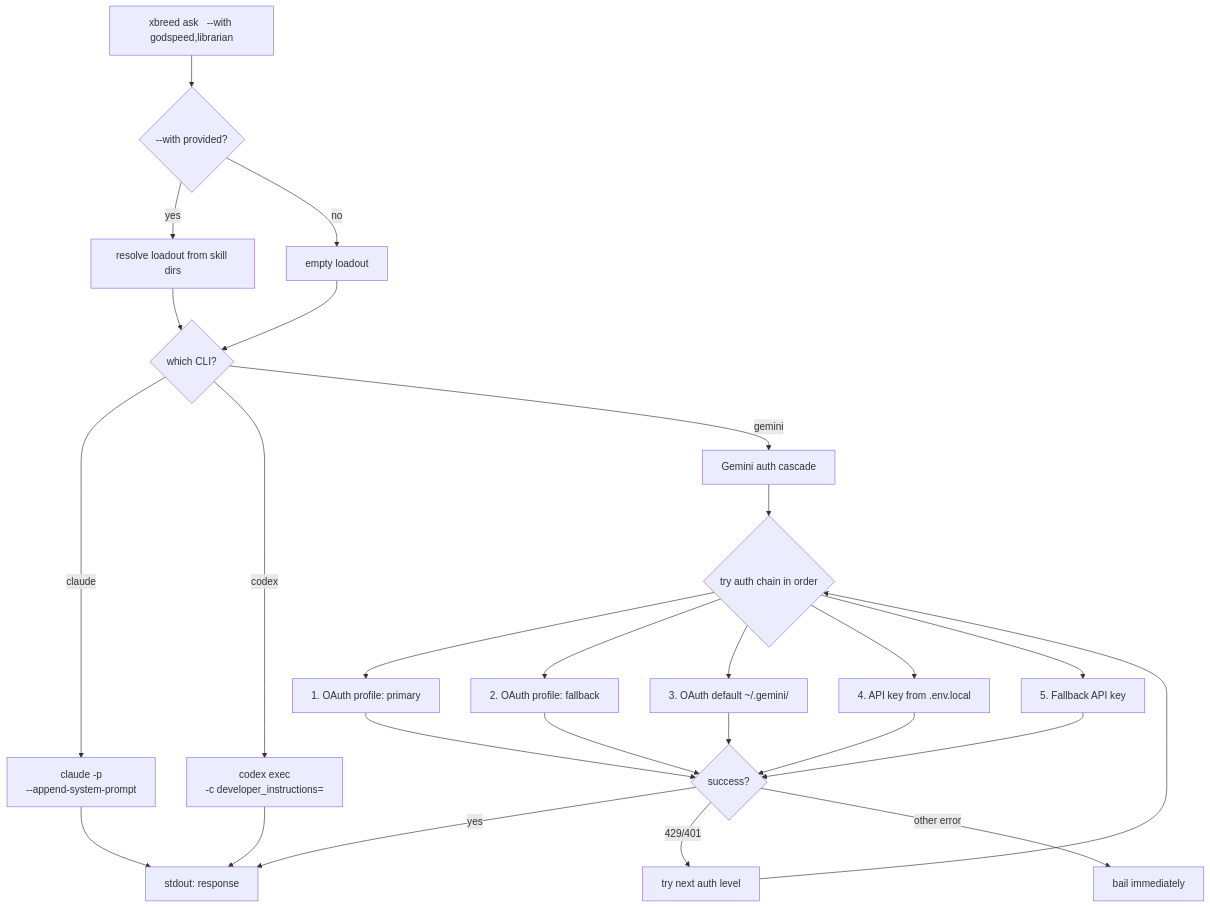
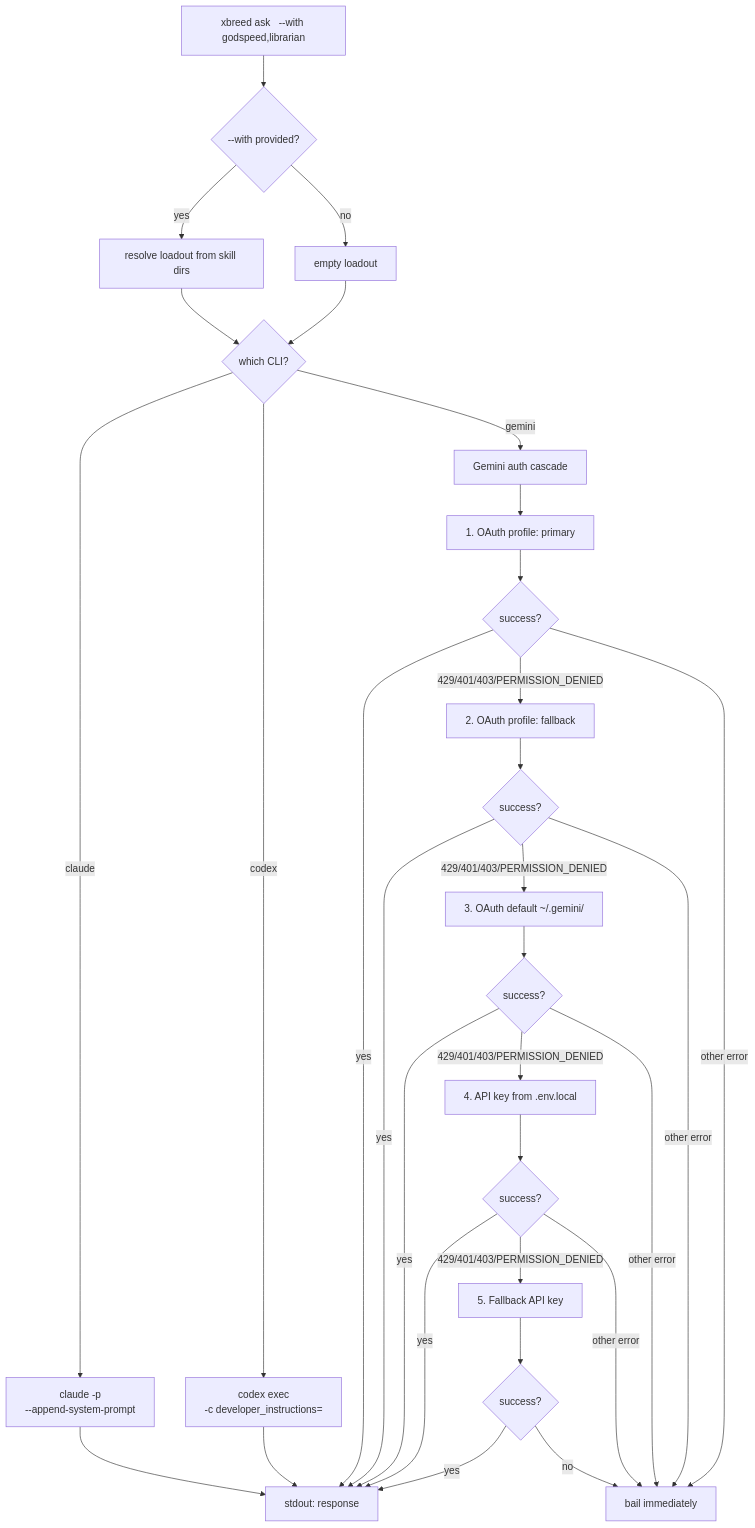
The fourth of 11 diagrams in docs/command-flows.md (VeigaPunk/xbrd-gdsp-fknpft), drawn with Mermaid before and after one commit. The commit also changed other lines of this file and 8 other files, not shown here.

First line of the commit message:
feat(v0.4): 4-command split + xask protocol hardening + diagrams

````diff
--- a/docs/command-flows.md
+++ b/docs/command-flows.md
@@ -75,29 +75,37 @@
 ```mermaid
 flowchart TD
     A["xbreed ask <cli> <prompt> --with godspeed,librarian"]
     A --> B{--with provided?}
     B -->|yes| C[resolve loadout from skill dirs]
     B -->|no| D[empty loadout]
     C --> E{which CLI?}
     D --> E
 
     E -->|claude| F["claude -p <prompt> \n--append-system-prompt <loadout>"]
     E -->|codex| G["codex exec \n-c developer_instructions=<loadout> \n<prompt>"]
     E -->|gemini| H[Gemini auth cascade]
 
-    H --> I{try auth chain in order}
-    I --> J["1. OAuth profile: primary"]
-    I --> K["2. OAuth profile: fallback"]
-    I --> L["3. OAuth default ~/.gemini/"]
-    I --> M["4. API key from .env.local"]
-    I --> N["5. Fallback API key"]
-
-    J & K & L & M & N --> O{success?}
-    O -->|yes| P[stdout: response]
-    O -->|429/401| Q[try next auth level]
-    O -->|other error| R[bail immediately]
-    Q --> I
+    H --> I["1. OAuth profile: primary"]
+    I --> Ia{success?}
+    Ia -->|yes| P[stdout: response]
+    Ia -->|"429/401/403/PERMISSION_DENIED"| J["2. OAuth profile: fallback"]
+    Ia -->|other error| R[bail immediately]
+    J --> Ja{success?}
+    Ja -->|yes| P
+    Ja -->|"429/401/403/PERMISSION_DENIED"| K["3. OAuth default ~/.gemini/"]
+    Ja -->|other error| R
+    K --> Ka{success?}
+    Ka -->|yes| P
+    Ka -->|"429/401/403/PERMISSION_DENIED"| L["4. API key from .env.local"]
+    Ka -->|other error| R
+    L --> La{success?}
+    La -->|yes| P
+    La -->|"429/401/403/PERMISSION_DENIED"| M["5. Fallback API key"]
+    La -->|other error| R
+    M --> Ma{success?}
+    Ma -->|yes| P
+    Ma -->|no| R
 
     F --> P
     G --> P
 ```
````
